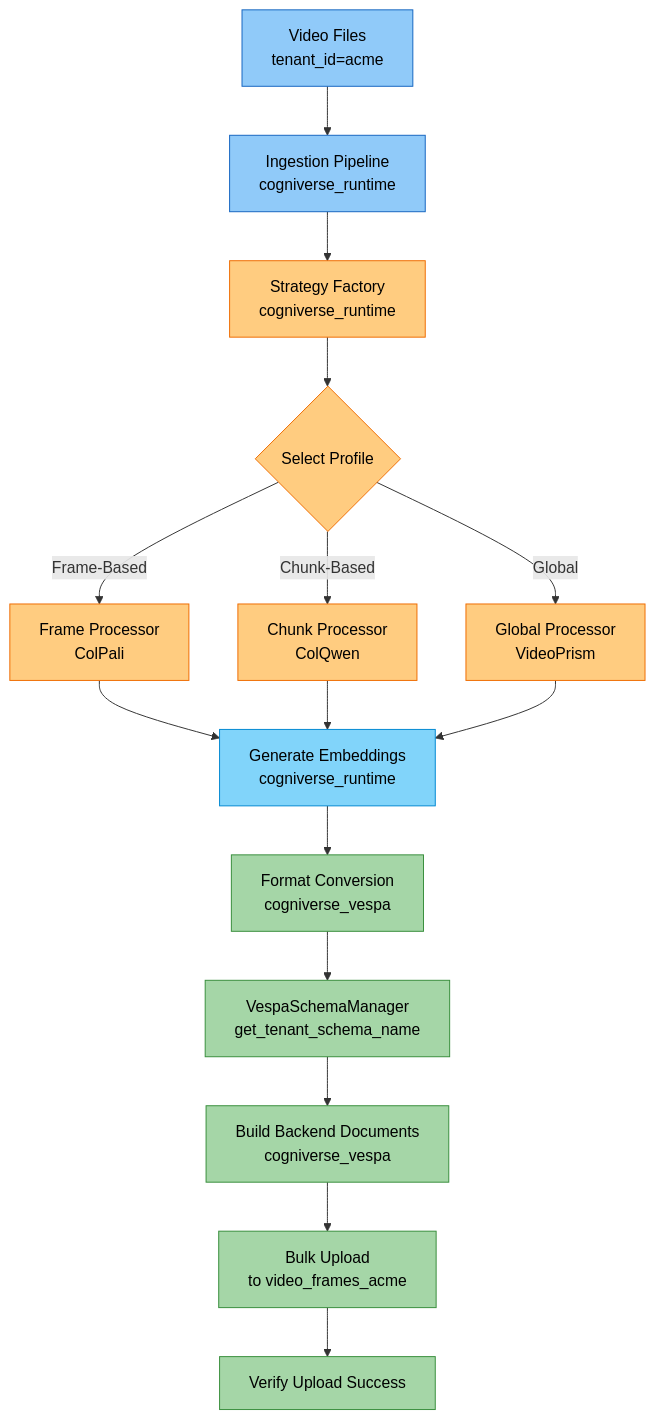
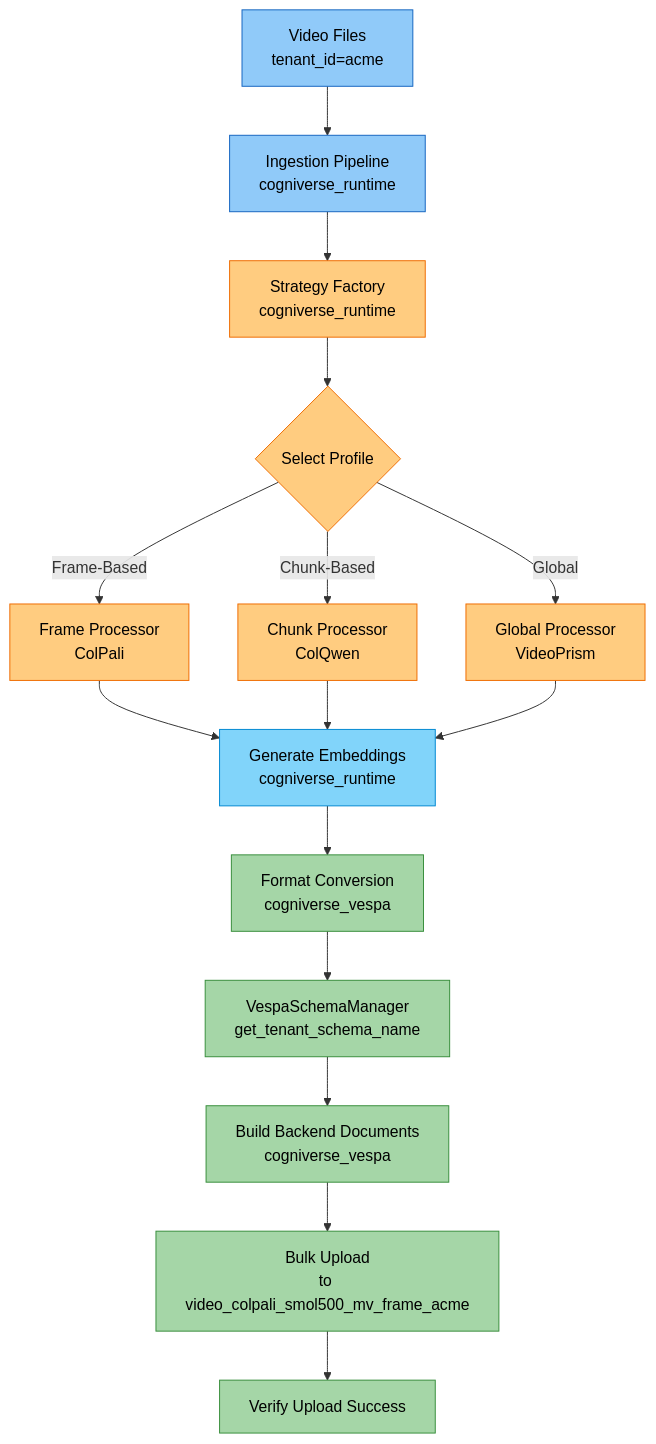
One commit to amit-jain/cogniverse changed diagram 21 of 25 in docs/architecture/system-flows.md. Above: the diagram before and after it, drawn with Mermaid. The commit also changed other lines of this file and 7 other files, not shown here.

First line of the commit message:
Document all 23 agents and convert diagrams to mermaid

````diff
--- a/docs/architecture/system-flows.md
+++ b/docs/architecture/system-flows.md
@@ -804,38 +942,38 @@
 ```mermaid
 flowchart TB
     Input[<span style='color:#000'>Video Files<br/>tenant_id=acme</span>] --> Runtime[<span style='color:#000'>Ingestion Pipeline<br/>cogniverse_runtime</span>]
 
     Runtime --> Strategy[<span style='color:#000'>Strategy Factory<br/>cogniverse_runtime</span>]
 
     Strategy --> Profile{<span style='color:#000'>Select Profile</span>}
     Profile -->|Frame-Based| FrameProc[<span style='color:#000'>Frame Processor<br/>ColPali</span>]
     Profile -->|Chunk-Based| ChunkProc[<span style='color:#000'>Chunk Processor<br/>ColQwen</span>]
     Profile -->|Global| GlobalProc[<span style='color:#000'>Global Processor<br/>VideoPrism</span>]
 
     FrameProc --> Embed[<span style='color:#000'>Generate Embeddings<br/>cogniverse_runtime</span>]
     ChunkProc --> Embed
     GlobalProc --> Embed
 
     Embed --> Format[<span style='color:#000'>Format Conversion<br/>cogniverse_vespa</span>]
 
     Format --> SchemaMgr[<span style='color:#000'>VespaSchemaManager<br/>get_tenant_schema_name</span>]
 
     SchemaMgr --> Build[<span style='color:#000'>Build Backend Documents<br/>cogniverse_vespa</span>]
 
-    Build --> Upload[<span style='color:#000'>Bulk Upload<br/>to video_frames_acme</span>]
+    Build --> Upload[<span style='color:#000'>Bulk Upload<br/>to video_colpali_smol500_mv_frame_acme</span>]
     Upload --> Verify[<span style='color:#000'>Verify Upload Success</span>]
 
     style Input fill:#90caf9,stroke:#1565c0,color:#000
     style Runtime fill:#90caf9,stroke:#1565c0,color:#000
     style Strategy fill:#ffcc80,stroke:#ef6c00,color:#000
     style Profile fill:#ffcc80,stroke:#ef6c00,color:#000
     style FrameProc fill:#ffcc80,stroke:#ef6c00,color:#000
     style ChunkProc fill:#ffcc80,stroke:#ef6c00,color:#000
     style GlobalProc fill:#ffcc80,stroke:#ef6c00,color:#000
     style Embed fill:#81d4fa,stroke:#0288d1,color:#000
     style Format fill:#a5d6a7,stroke:#388e3c,color:#000
     style SchemaMgr fill:#a5d6a7,stroke:#388e3c,color:#000
     style Build fill:#a5d6a7,stroke:#388e3c,color:#000
     style Upload fill:#a5d6a7,stroke:#388e3c,color:#000
     style Verify fill:#a5d6a7,stroke:#388e3c,color:#000
 ```
````
